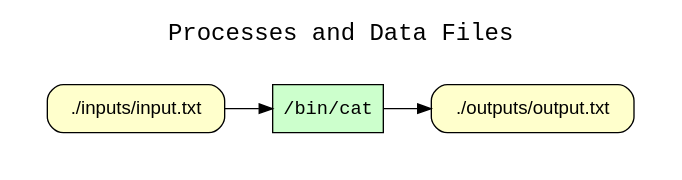
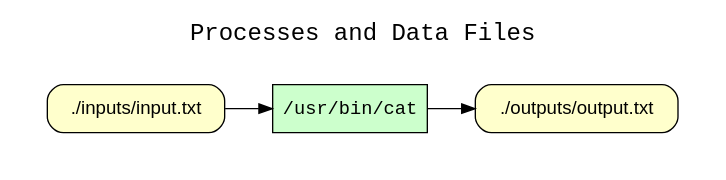
The diagram in examples/05-cat-file-to-file/graphs.d/wt_processes_and_data_files.dot (CIRSS/cpr), drawn with Graphviz before and after one commit. The commit also changed 65 other files, not shown here.

```diff
--- a/examples/05-cat-file-to-file/graphs.d/wt_processes_and_data_files.dot
+++ b/examples/05-cat-file-to-file/graphs.d/wt_processes_and_data_files.dot
@@ -1,16 +1,16 @@
 
 digraph wt_run {
 rankdir=LR
 fontname=Courier; fontsize=18; labelloc=t
 label="Processes and Data Files"
 subgraph cluster_inputs { label=""; color=white; penwidth=0
 subgraph cluster_inputs_inner { label=""; color=white
 node[shape=box style="filled" fillcolor="#CCFFCC" peripheries=1 fontname=Courier]
-"exe:e2" [label="/bin/cat"]
+"exe:e2" [label="/usr/bin/cat"]
 node[shape=box style="rounded,filled" fillcolor="#FFFFCC" peripheries=1 fontname=Helvetica]
 "access:i14" [label="./inputs/input.txt"]
-"access:i9" [label="./outputs/output.txt"]
-"exe:e2" -> "access:i9"
+"access:i8" [label="./outputs/output.txt"]
+"exe:e2" -> "access:i8"
 "access:i14" -> "exe:e2"
 }}
 }
```
